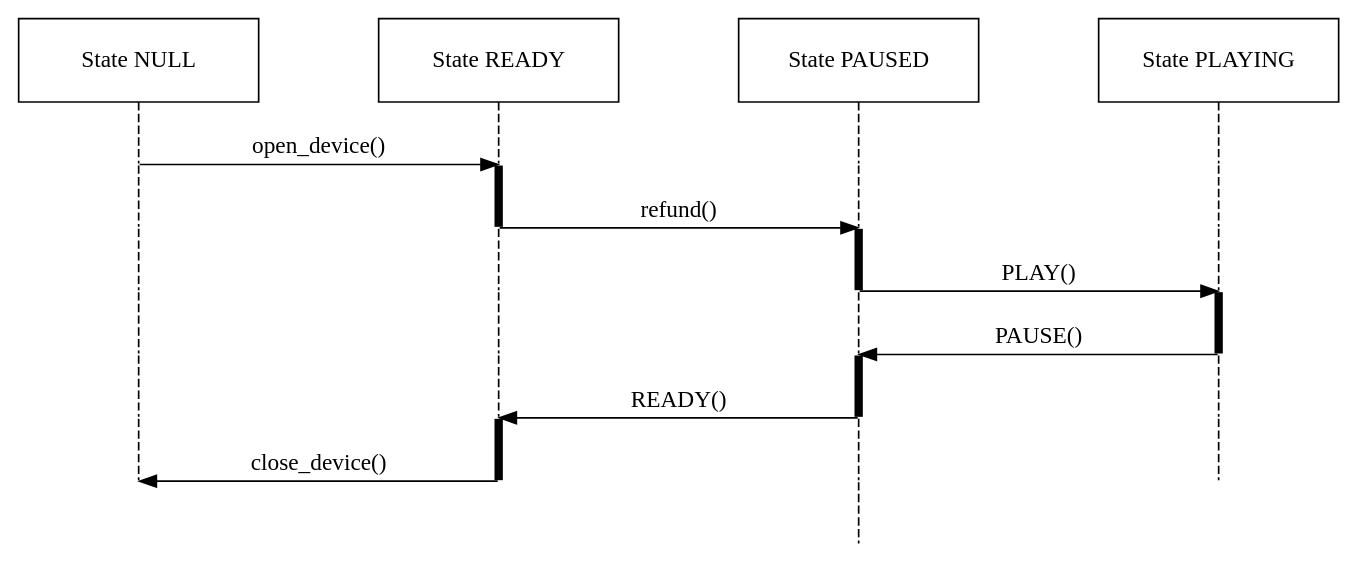
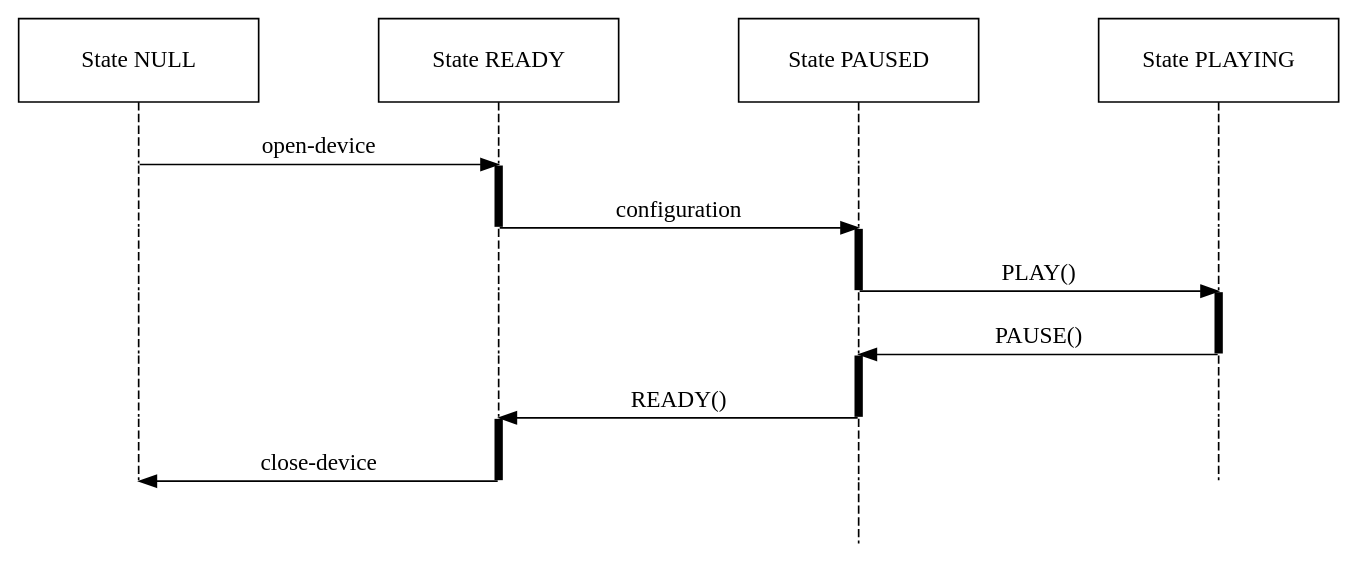
The diagram in doc/pages/lifetimes.rst (TheImagingSource/tiscamera), drawn with Graphviz before and after one commit. The commit also changed other lines of this file and 3 other files, not shown here.

```diff
--- a/doc/pages/lifetimes.rst
+++ b/doc/pages/lifetimes.rst
@@ -7,56 +7,56 @@
 .. graphviz::
 
    digraph SEQ_DIAGRAM {
      graph [overlap=true, splines=line, nodesep=1.0, ordering=out];
      edge [arrowhead=none];
      node [shape=none, width=0, height=0, label=""];
 
      {
        rank=same;
        node[shape=rectangle, height=0.7, width=2];
        state_null[label="State NULL"];
        state_ready[label="State READY"];
        api_c[label="State PAUSED"];
        state_play[label="State PLAYING"];
      }
      // Draw vertical lines
      {
        edge [style=dashed, weight=6];
        state_null -> a1 -> a2 -> a3;
        a3 -> a4;
        a4 -> a5 -> a6;
        // a5 -> a6;
      }
      {
        edge [style=dashed, weight=6];
        state_ready -> b1;
        b1 -> b2 [penwidth=5, style=solid];
        b2 -> b3 -> b4;
        b4 -> b5 ;
        b5 -> b6[penwidth=5; style=solid];
      }
      {
        edge [style=dashed, weight=6];
        api_c -> c1 -> c2;
        c2 -> c3 [penwidth=5, style=solid];
        c3 -> c4;
        c4 -> c5 [penwidth=5, style=solid];
        c5 -> c6 -> c7;
      }
      {
        edge [style=dashed, weight=6];
        state_play -> d1 -> d2 -> d3 
        d3 -> d4 [penwidth=5, style=solid];
        d4 -> d5 -> d6;
      }
      // Draws activations
      {
-       rank=same; a1 -> b1 [label="open_device()", arrowhead=normal];
+       rank=same; a1 -> b1 [label="open-device", arrowhead=normal];
      }
-     { rank=same; a2 -> b2 [style=invis]; b2 -> c2 [label="refund()", arrowhead=normal]; }
+     { rank=same; a2 -> b2 [style=invis]; b2 -> c2 [label="configuration", arrowhead=normal]; }
      
      { rank=same; c3 -> d3 [arrowhead=normal, label="PLAY()"]; }
      { rank=same; c4 -> d4 [arrowhead=normal, label="PAUSE()", dir=back]; }
      { rank=same; b5 -> c5 [arrowhead=normal, label="READY()", dir=back]; }
-     { rank=same; a6 -> b6 [label="close_device()", arrowhead=normal, dir=back]; }
+     { rank=same; a6 -> b6 [label="close-device", arrowhead=normal, dir=back]; }
    }
```
